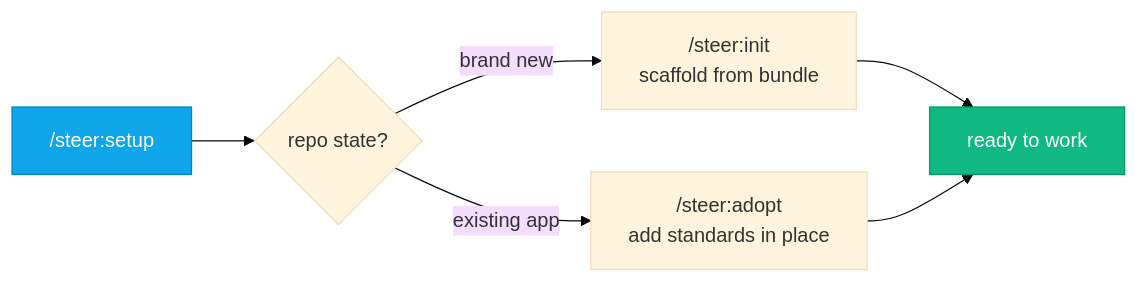
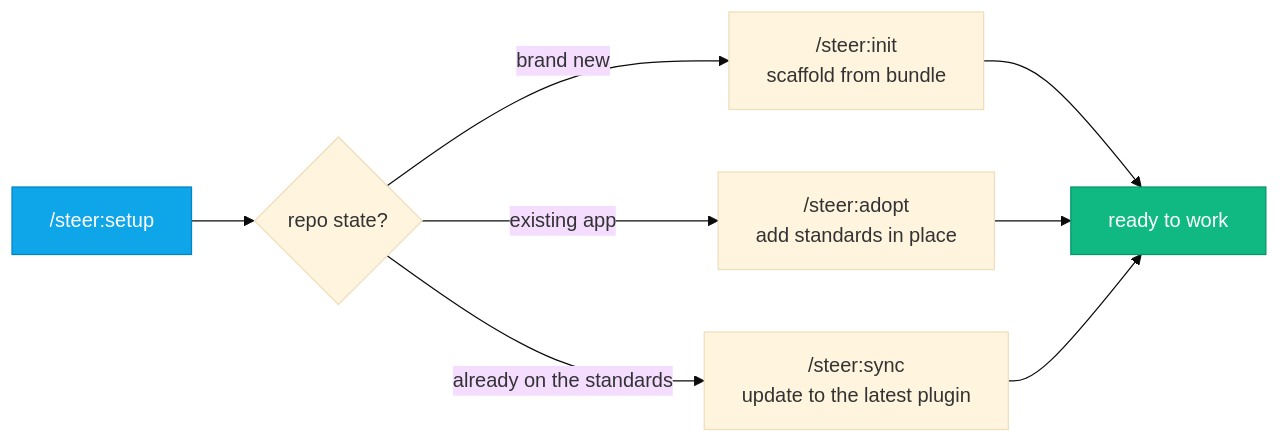
Before and after one commit to element22llc/e22-plugins: the first of 2 diagrams in presentation/onboarding/slides.md, drawn with Mermaid (base theme). The commit also changed other lines of this file and 6 other files, not shown here.

````diff
--- a/presentation/onboarding/slides.md
+++ b/presentation/onboarding/slides.md
@@ -564,10 +564,12 @@
 ```mermaid {scale: 0.85}
 flowchart LR
     S["/steer:setup"] --> Q{repo state?}
     Q -->|brand new| INIT["/steer:init<br/>scaffold from bundle"]
     Q -->|existing app| ADOPT["/steer:adopt<br/>add standards in place"]
+    Q -->|already on the standards| SYNC["/steer:sync<br/>update to the latest plugin"]
     INIT --> W[ready to work]
     ADOPT --> W
+    SYNC --> W
     style S fill:#0ea5e9,stroke:#0284c7,color:#fff
     style W fill:#10b981,stroke:#059669,color:#fff
 ```
````
